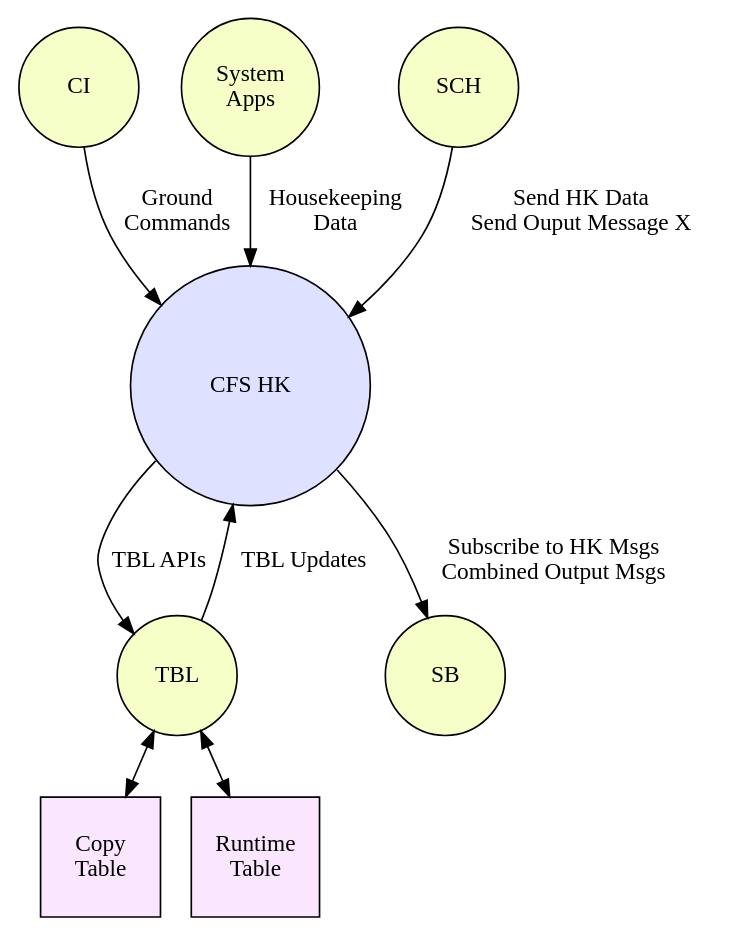
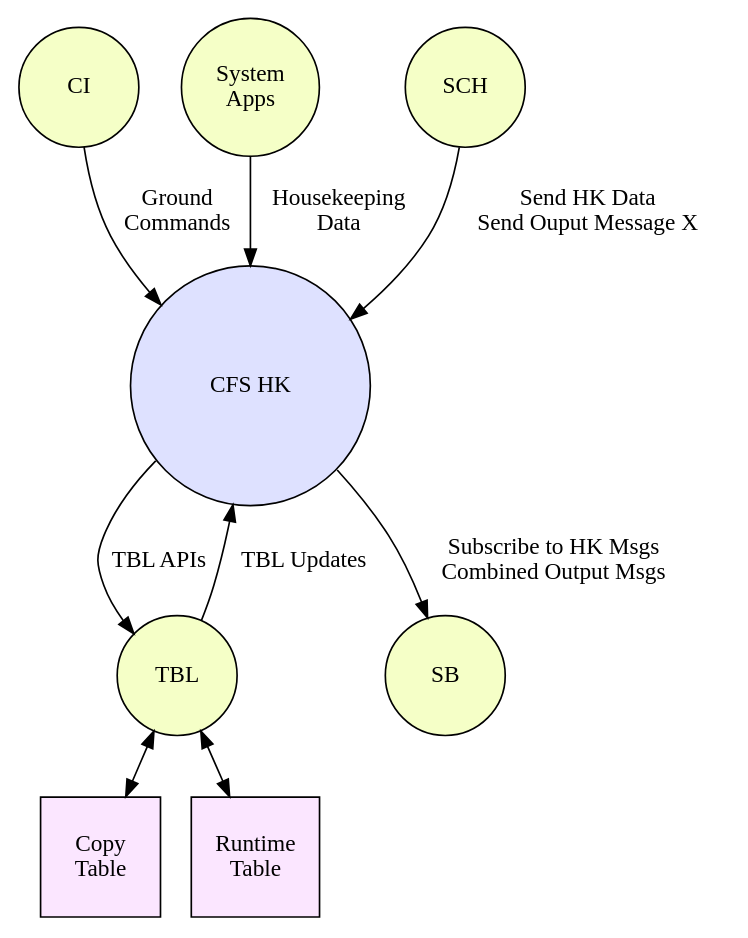
The diagram in apps/hk/docs/design.rst (marselomeri/airliner), drawn with Graphviz before and after one commit. The commit also changed 1 other file, not shown here.

Commit message:
Fixed graphviz designs #41

```diff
--- a/apps/hk/docs/design.rst
+++ b/apps/hk/docs/design.rst
@@ -6,25 +6,25 @@
 .. graphviz::
    :caption: HK Context Diagram
    
    digraph HK_Context_Diagram {
          
       HK -> TBL [label="TBL APIs"];
       TBL -> HK [label="TBL Updates"];
       TBL -> CT [dir="both"];
       TBL -> RT [dir="both"];
       CI  -> HK [label="Ground\nCommands"];
-      SA -> HK [label="Housekeeping\nData"]
+      SA -> HK [label=" Housekeeping\nData"]
       SCH -> HK [label="Send HK Data\nSend Ouput Message X"];
       HK -> SB [label="Subscribe to HK Msgs\nCombined Output Msgs"];
       
 
       HK  [style=filled, fillcolor="#dee1ff", URL="../hk/README.html",shape=circle, width=2, label="CFS HK"]
       SCH [style=filled, fillcolor="#f5ffc7", URL="../sch/README.html", shape=circle, width=1]
       CI  [style=filled, fillcolor="#f5ffc7", URL="../ci/README.html", shape=circle, width=1]
       SB  [style=filled, fillcolor="#f5ffc7", URL="../sb/README.html", shape=circle, width=1, label="SB"]
       SA  [style=filled, fillcolor="#f5ffc7", URL="../hk/README.html", shape=circle, width=1, label="System\nApps"]
       TBL  [style=filled, fillcolor="#f5ffc7", URL="../cf/README.html", shape=circle, width=1]
       CT [style=filled, fillcolor="#fbe6ff", shape=rect, width=1, height=1, label="Copy\nTable"]
       RT [style=filled, fillcolor="#fbe6ff", shape=rect, width=1, height=1, label="Runtime\nTable"]
       
     }
```
